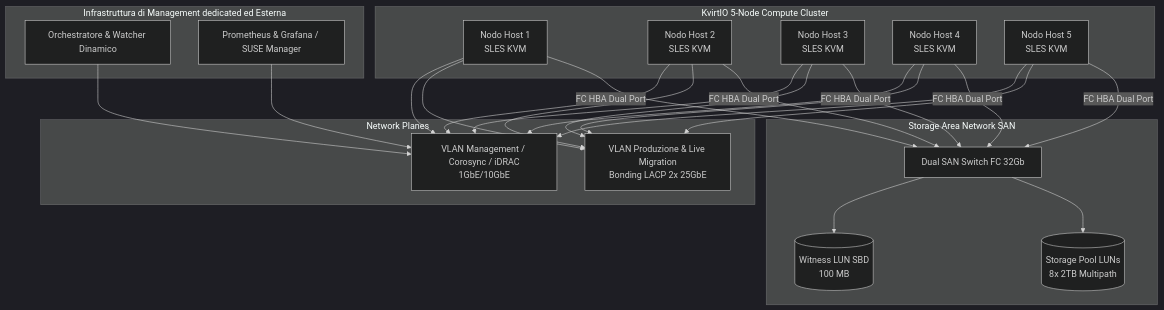
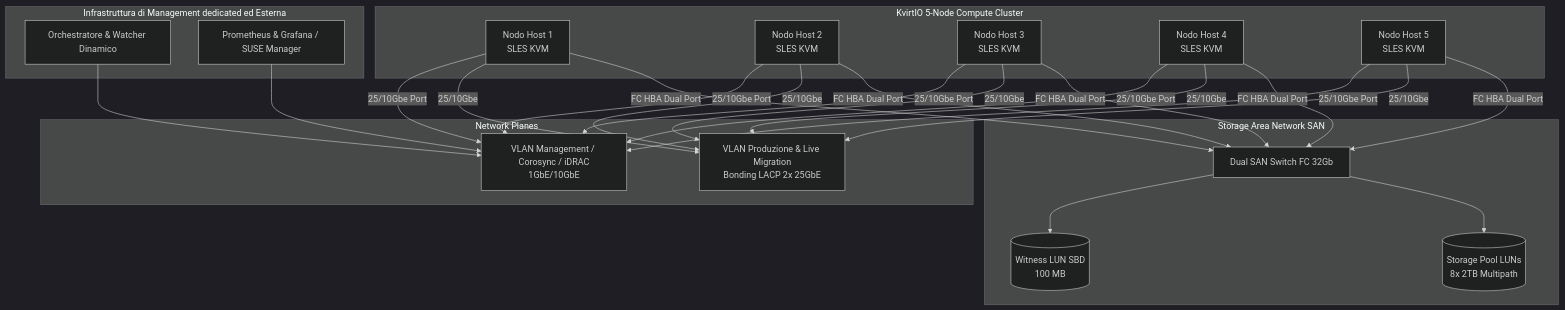
One commit to FutaroKevin/kVirtIO changed the diagram in KvirtIO_HLD.md. Above: the diagram before and after it, drawn with Mermaid (dark theme).

Commit message:
update connections

````diff
--- a/KvirtIO_HLD.md
+++ b/KvirtIO_HLD.md
@@ -13,37 +13,37 @@
 ```mermaid
 graph TD
     subgraph Management & Control Plane [Infrastruttura di Management dedicated ed Esterna]
         MGT_SRV[Orchestratore & Watcher Dinamico]
         MON_SRV[Prometheus & Grafana / SUSE Manager]
     end
 
     subgraph KvirtIO 5-Node Compute Cluster
         N1[Nodo Host 1<br/>SLES KVM]
         N2[Nodo Host 2<br/>SLES KVM]
         N3[Nodo Host 3<br/>SLES KVM]
         N4[Nodo Host 4<br/>SLES KVM]
         N5[Nodo Host 5<br/>SLES KVM]
     end
 
     subgraph Network Planes
         NET_MGMT[VLAN Management / Corosync / iDRAC<br/>1GbE/10GbE]
         NET_PROD_LM[VLAN Produzione & Live Migration<br/>Bonding LACP 2x 25GbE]
     end
 
     subgraph Storage Area Network SAN
         SAN_SWITCH[Dual SAN Switch FC 32Gb]
         SBD_LUN[(Witness LUN SBD<br/>100 MB)]
         DATA_LUNS[(Storage Pool LUNs<br/>8x 2TB Multipath)]
     end
 
     %% Network Connections
     MGT_SRV --> NET_MGMT
     MON_SRV --> NET_MGMT
-    N1 & N2 & N3 & N4 & N5 --> NET_MGMT
-    N1 & N2 & N3 & N4 & N5 --> NET_PROD_LM
+    N1 & N2 & N3 & N4 & N5 -- 25/10Gbe Port  --> NET_MGMT
+    N1 & N2 & N3 & N4 & N5 -- 25/10Gbe --> NET_PROD_LM
 
     %% Storage Connections
     N1 & N2 & N3 & N4 & N5 -- FC HBA Dual Port --> SAN_SWITCH
     SAN_SWITCH --> SBD_LUN
     SAN_SWITCH --> DATA_LUNS
 ```
````
